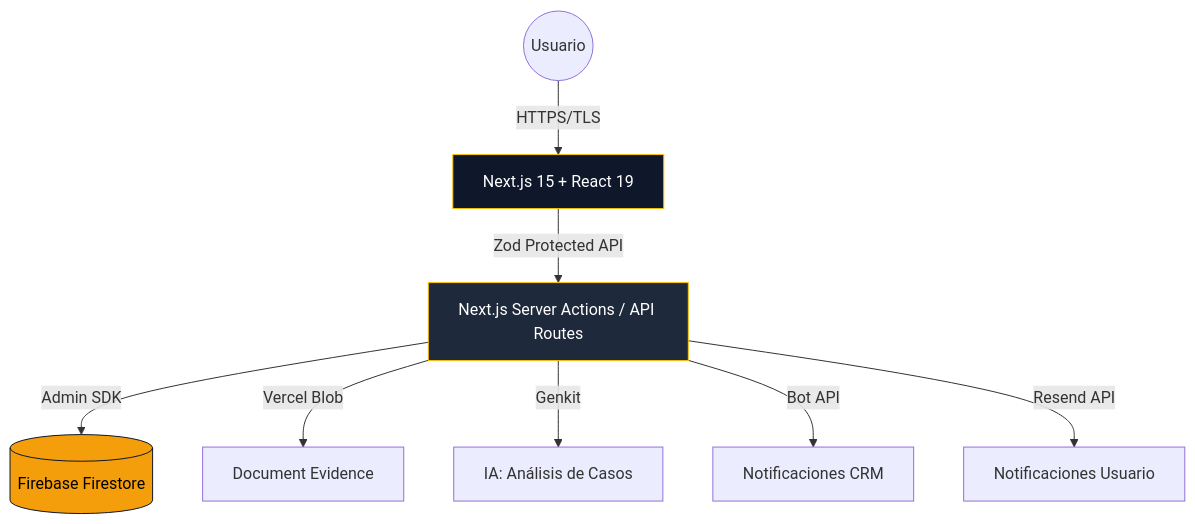
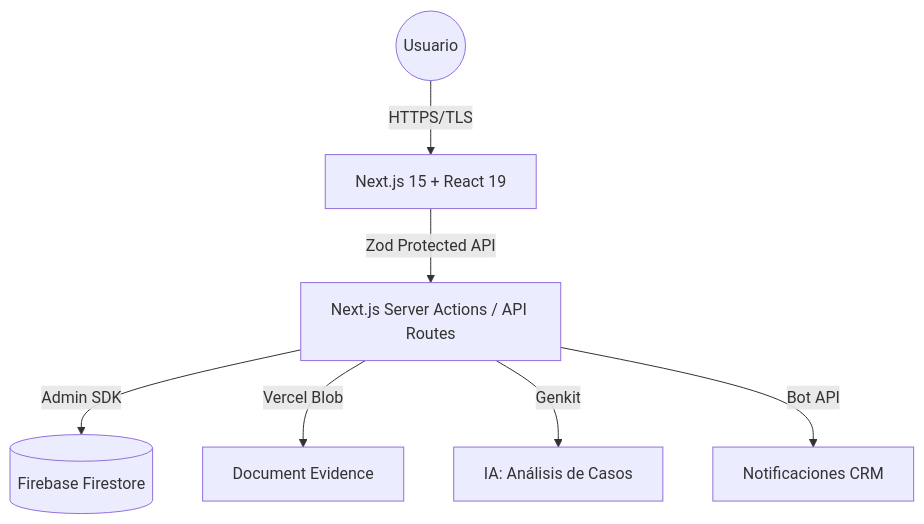
Before and after one commit to sthanfv/Desmulta: the diagram in README.md, drawn with Mermaid. The commit also changed other lines of this file and 15 other files, not shown here.

````diff
--- a/README.md
+++ b/README.md
@@ -33,14 +33,9 @@
 ```mermaid
 graph TD
     User((Usuario)) --> |HTTPS/TLS| Frontend[Next.js 15 + React 19]
     Frontend --> |Zod Protected API| Backend[Next.js Server Actions / API Routes]
     Backend --> |Admin SDK| Firestore[(Firebase Firestore)]
     Backend --> |Vercel Blob| Storage[Document Evidence]
     Backend --> |Genkit| Gemini[IA: Análisis de Casos]
     Backend --> |Bot API| Telegram[Notificaciones CRM]
-    Backend --> |Resend API| Email[Notificaciones Usuario]
-
-    style Frontend fill:#0f172a,stroke:#ffc107,color:#fff
-    style Backend fill:#1e293b,stroke:#ffc107,color:#fff
-    style Firestore fill:#f59e0b,stroke:#0f172a,color:#000
 ```
````
